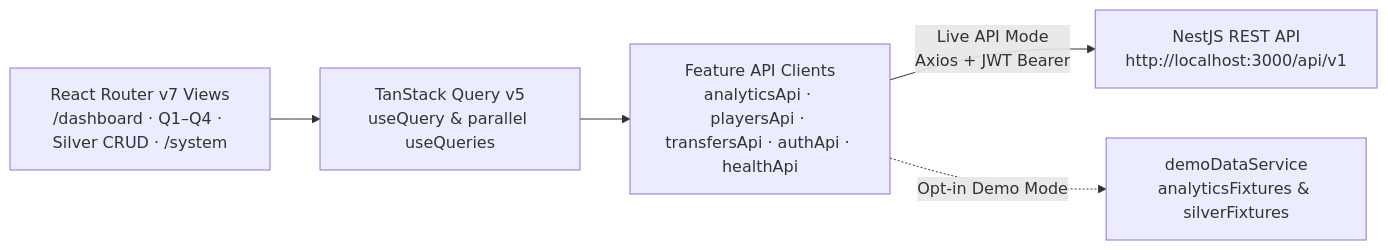
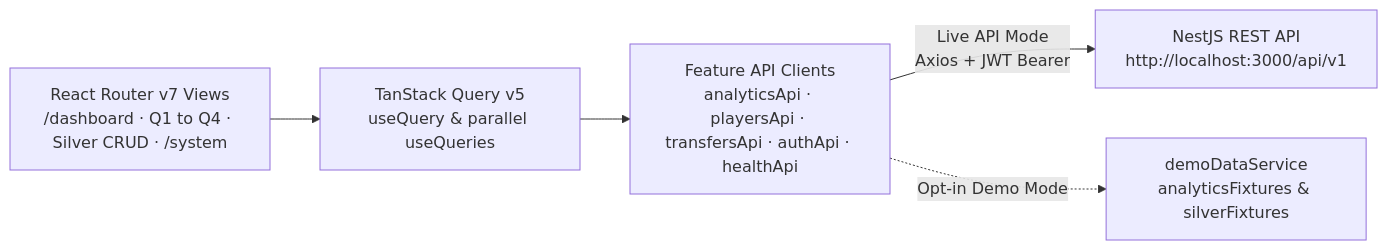
The diagram in README.md (420-514-MV-Collecte-MercatoIQ/MercatoIQ-frontend), drawn with Mermaid before and after one commit. The commit also changed other lines of this file, not shown here.

````diff
--- a/README.md
+++ b/README.md
@@ -30,7 +28,7 @@
 ```mermaid
 flowchart LR
-    Views["React Router v7 Views<br/>/dashboard · Q1–Q4 · Silver CRUD · /system"] --> Query["TanStack Query v5<br/>useQuery & parallel useQueries"]
+    Views["React Router v7 Views<br/>/dashboard · Q1 to Q4 · Silver CRUD · /system"] --> Query["TanStack Query v5<br/>useQuery & parallel useQueries"]
     Query --> Api["Feature API Clients<br/>analyticsApi · playersApi · transfersApi · authApi · healthApi"]
     Api -->|Live API Mode<br/>Axios + JWT Bearer| Backend["NestJS REST API<br/>http://localhost:3000/api/v1"]
     Api -.->|Opt-in Demo Mode| Demo["demoDataService<br/>analyticsFixtures & silverFixtures"]
 ```
````
